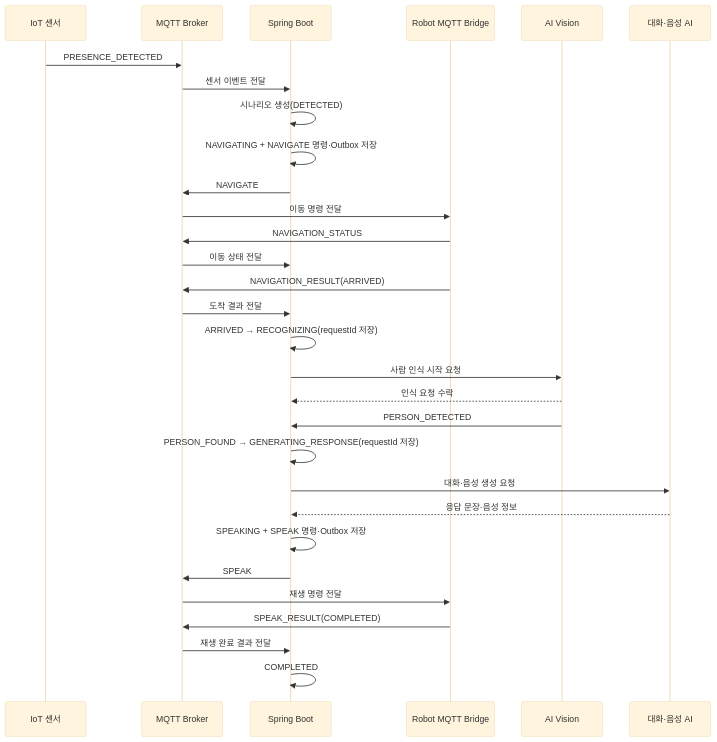
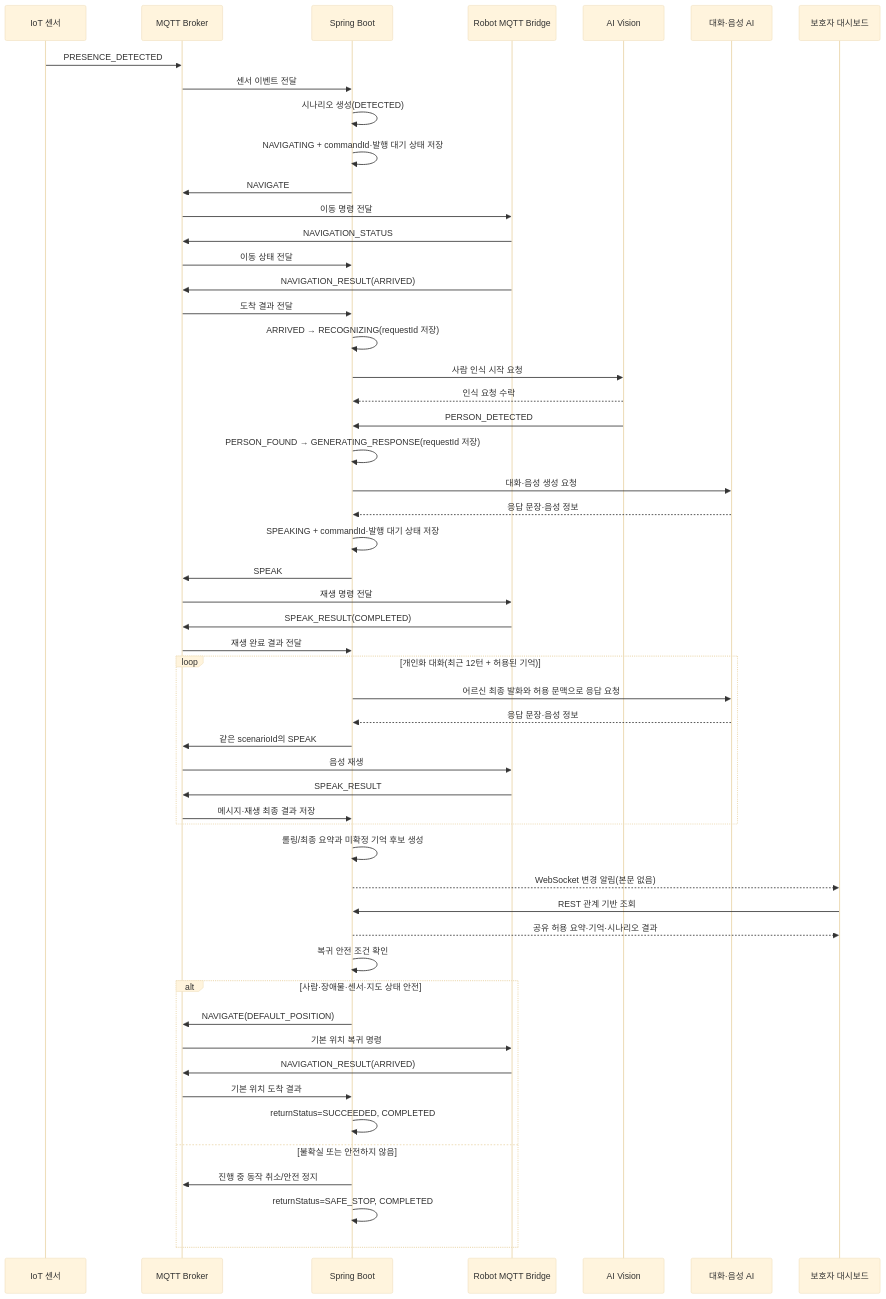
The diagram in docs/scenario/homecoming-welcome.md (bomi-aiot/BOMI), drawn with Mermaid (base theme) before and after one commit. The commit also changed other lines of this file and 6 other files, not shown here.

Commit message:
[DB](erd) S15P11E102-84 1차 ERD 및 연계 계약 정비

````diff
--- a/docs/scenario/homecoming-welcome.md
+++ b/docs/scenario/homecoming-welcome.md
@@ -48,33 +50,56 @@
 ```mermaid
 sequenceDiagram
     participant IoT as IoT 센서
     participant MQTT as MQTT Broker
     participant BE as Spring Boot
     participant Robot as Robot MQTT Bridge
     participant Vision as AI Vision
     participant Voice as 대화·음성 AI
+    participant FE as 보호자 대시보드
 
     IoT->>MQTT: PRESENCE_DETECTED
     MQTT->>BE: 센서 이벤트 전달
     BE->>BE: 시나리오 생성(DETECTED)
-    BE->>BE: NAVIGATING + NAVIGATE 명령·Outbox 저장
+    BE->>BE: NAVIGATING + commandId·발행 대기 상태 저장
     BE->>MQTT: NAVIGATE
     MQTT->>Robot: 이동 명령 전달
     Robot->>MQTT: NAVIGATION_STATUS
     MQTT->>BE: 이동 상태 전달
     Robot->>MQTT: NAVIGATION_RESULT(ARRIVED)
     MQTT->>BE: 도착 결과 전달
     BE->>BE: ARRIVED → RECOGNIZING(requestId 저장)
     BE->>Vision: 사람 인식 시작 요청
     Vision-->>BE: 인식 요청 수락
     Vision->>BE: PERSON_DETECTED
     BE->>BE: PERSON_FOUND → GENERATING_RESPONSE(requestId 저장)
     BE->>Voice: 대화·음성 생성 요청
     Voice-->>BE: 응답 문장·음성 정보
-    BE->>BE: SPEAKING + SPEAK 명령·Outbox 저장
+    BE->>BE: SPEAKING + commandId·발행 대기 상태 저장
     BE->>MQTT: SPEAK
     MQTT->>Robot: 재생 명령 전달
     Robot->>MQTT: SPEAK_RESULT(COMPLETED)
     MQTT->>BE: 재생 완료 결과 전달
-    BE->>BE: COMPLETED
+    loop 개인화 대화(최근 12턴 + 허용된 기억)
+        BE->>Voice: 어르신 최종 발화와 허용 문맥으로 응답 요청
+        Voice-->>BE: 응답 문장·음성 정보
+        BE->>MQTT: 같은 scenarioId의 SPEAK
+        MQTT->>Robot: 음성 재생
+        Robot->>MQTT: SPEAK_RESULT
+        MQTT->>BE: 메시지·재생 최종 결과 저장
+    end
+    BE->>BE: 롤링/최종 요약과 미확정 기억 후보 생성
+    BE-->>FE: WebSocket 변경 알림(본문 없음)
+    FE->>BE: REST 관계 기반 조회
+    BE-->>FE: 공유 허용 요약·기억·시나리오 결과
+    BE->>BE: 복귀 안전 조건 확인
+    alt 사람·장애물·센서·지도 상태 안전
+        BE->>MQTT: NAVIGATE(DEFAULT_POSITION)
+        MQTT->>Robot: 기본 위치 복귀 명령
+        Robot->>MQTT: NAVIGATION_RESULT(ARRIVED)
+        MQTT->>BE: 기본 위치 도착 결과
+        BE->>BE: returnStatus=SUCCEEDED, COMPLETED
+    else 불확실 또는 안전하지 않음
+        BE->>MQTT: 진행 중 동작 취소/안전 정지
+        BE->>BE: returnStatus=SAFE_STOP, COMPLETED
+    end
 ```
````
